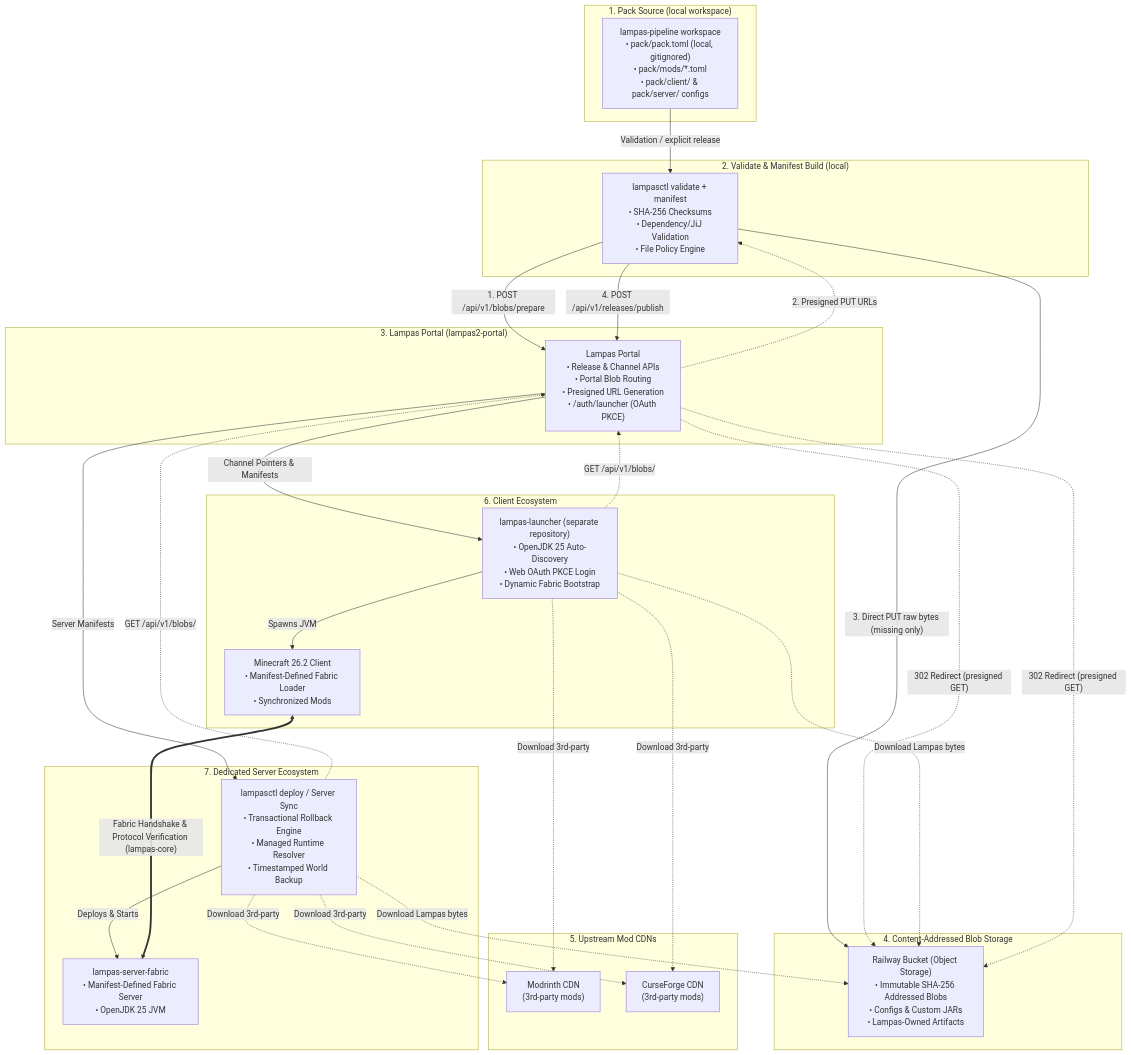
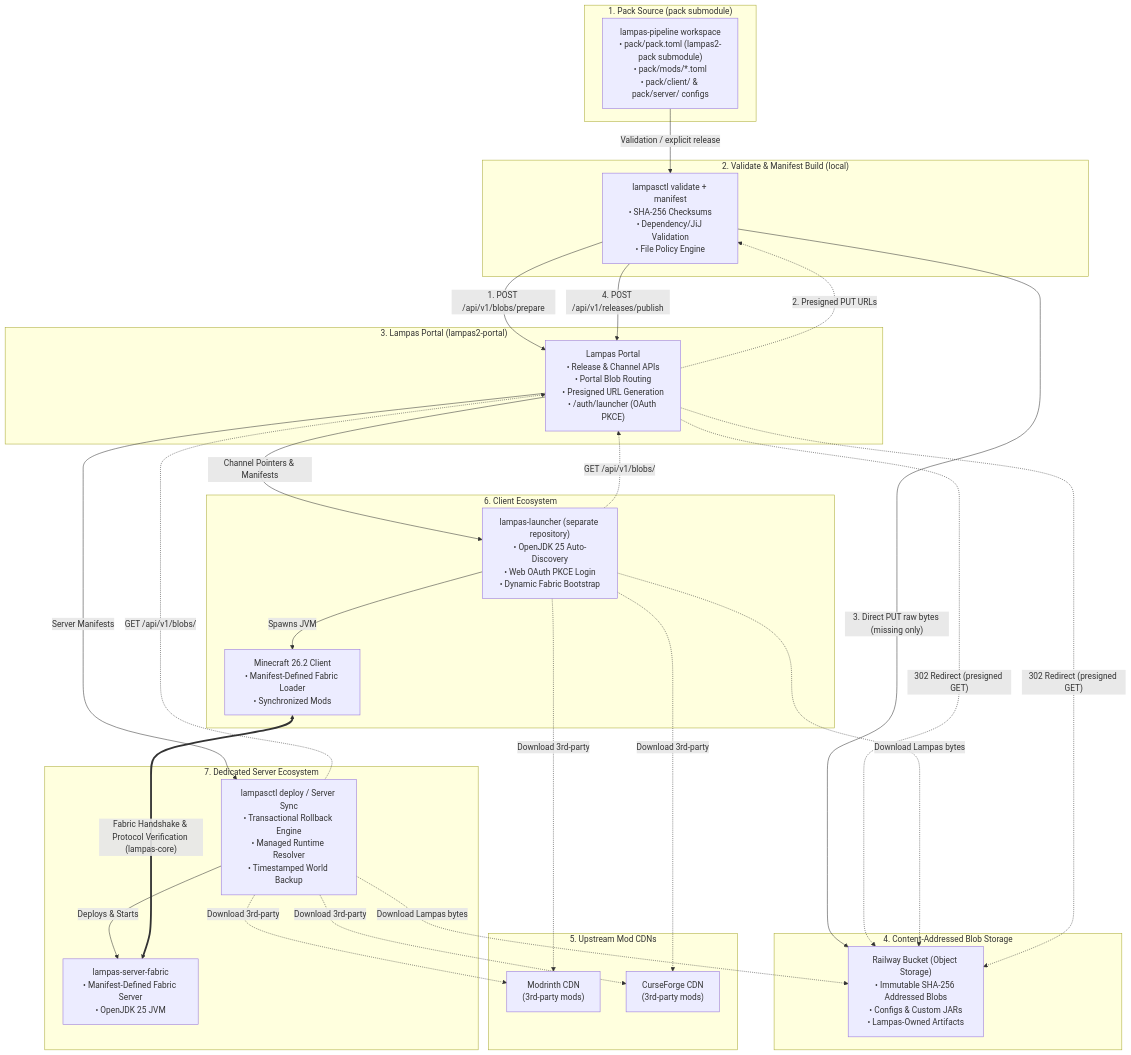
The first of 5 diagrams in README.md (justbecauseph/lampas-pipeline), drawn with Mermaid before and after one commit. The commit also changed other lines of this file and 6 other files, not shown here.

First line of the commit message:
chore: track pack as a git submodule

````diff
--- a/README.md
+++ b/README.md
@@ -17,59 +17,59 @@
 ```mermaid
 graph TD
-    subgraph Git ["1. Pack Source (local workspace)"]
-        Pipeline["lampas-pipeline workspace<br/>• pack/pack.toml (local, gitignored)<br/>• pack/mods/*.toml<br/>• pack/client/ & pack/server/ configs"]
+    subgraph Git ["1. Pack Source (pack submodule)"]
+        Pipeline["lampas-pipeline workspace<br/>• pack/pack.toml (lampas2-pack submodule)<br/>• pack/mods/*.toml<br/>• pack/client/ & pack/server/ configs"]
     end
 
     subgraph CI ["2. Validate & Manifest Build (local)"]
         Lampasctl["lampasctl validate + manifest<br/>• SHA-256 Checksums<br/>• Dependency/JiJ Validation<br/>• File Policy Engine"]
     end
 
     subgraph PortalLayer ["3. Lampas Portal (lampas2-portal)"]
         PortalAPI["Lampas Portal<br/>• Release & Channel APIs<br/>• Portal Blob Routing<br/>• Presigned URL Generation<br/>• /auth/launcher (OAuth PKCE)"]
     end
 
     subgraph Storage ["4. Content-Addressed Blob Storage"]
         RailwayBucket["Railway Bucket (Object Storage)<br/>• Immutable SHA-256 Addressed Blobs<br/>• Configs & Custom JARs<br/>• Lampas-Owned Artifacts"]
     end
 
     subgraph CDNs ["5. Upstream Mod CDNs"]
         Modrinth["Modrinth CDN<br/>(3rd-party mods)"]
         CurseForge["CurseForge CDN<br/>(3rd-party mods)"]
     end
 
     subgraph ClientLayer ["6. Client Ecosystem"]
         Launcher["lampas-launcher (separate repository)<br/>• OpenJDK 25 Auto-Discovery<br/>• Web OAuth PKCE Login<br/>• Dynamic Fabric Bootstrap"]
         ClientMC["Minecraft 26.2 Client<br/>• Manifest-Defined Fabric Loader<br/>• Synchronized Mods"]
     end
 
     subgraph ServerLayer ["7. Dedicated Server Ecosystem"]
         ServerScript["lampasctl deploy / Server Sync<br/>• Transactional Rollback Engine<br/>• Managed Runtime Resolver<br/>• Timestamped World Backup"]
         ServerMC["lampas-server-fabric<br/>• Manifest-Defined Fabric Server<br/>• OpenJDK 25 JVM"]
     end
 
     Pipeline -->|Validation / explicit release| Lampasctl
     Lampasctl -->|"1. POST /api/v1/blobs/prepare"| PortalAPI
     PortalAPI -.->|"2. Presigned PUT URLs"| Lampasctl
     Lampasctl -->|"3. Direct PUT raw bytes (missing only)"| RailwayBucket
     Lampasctl -->|"4. POST /api/v1/releases/publish"| PortalAPI
 
     PortalAPI -->|Channel Pointers & Manifests| Launcher
     PortalAPI -->|Server Manifests| ServerScript
 
     Launcher -.->|Download 3rd-party| Modrinth
     Launcher -.->|Download 3rd-party| CurseForge
     Launcher -.->|"GET /api/v1/blobs/<sha256>"| PortalAPI
     PortalAPI -.->|"302 Redirect (presigned GET)"| RailwayBucket
     Launcher -.->|Download Lampas bytes| RailwayBucket
 
     ServerScript -.->|Download 3rd-party| Modrinth
     ServerScript -.->|Download 3rd-party| CurseForge
     ServerScript -.->|"GET /api/v1/blobs/<sha256>"| PortalAPI
     PortalAPI -.->|"302 Redirect (presigned GET)"| RailwayBucket
     ServerScript -.->|Download Lampas bytes| RailwayBucket
 
     Launcher -->|Spawns JVM| ClientMC
     ServerScript -->|Deploys & Starts| ServerMC
 
     ClientMC <===>|"Fabric Handshake & Protocol Verification (lampas-core)"| ServerMC
 ```
````
